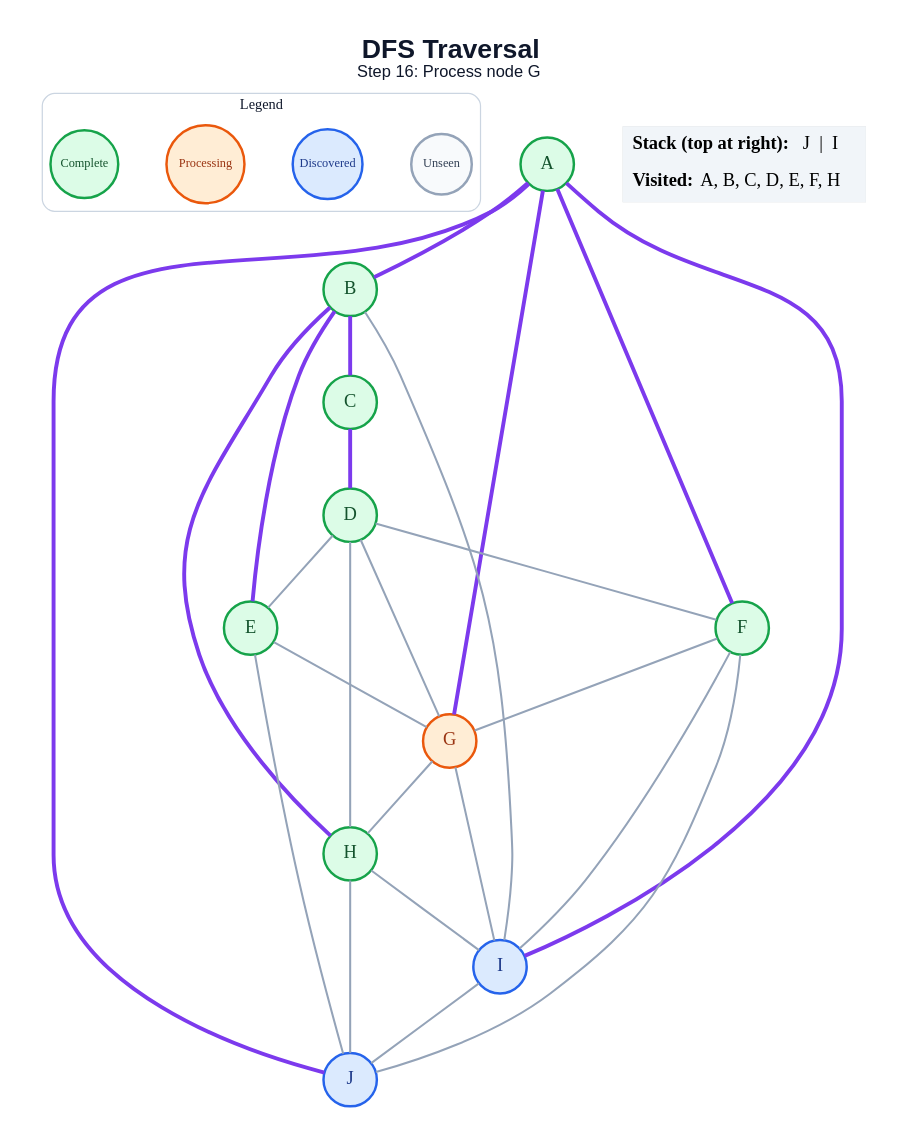
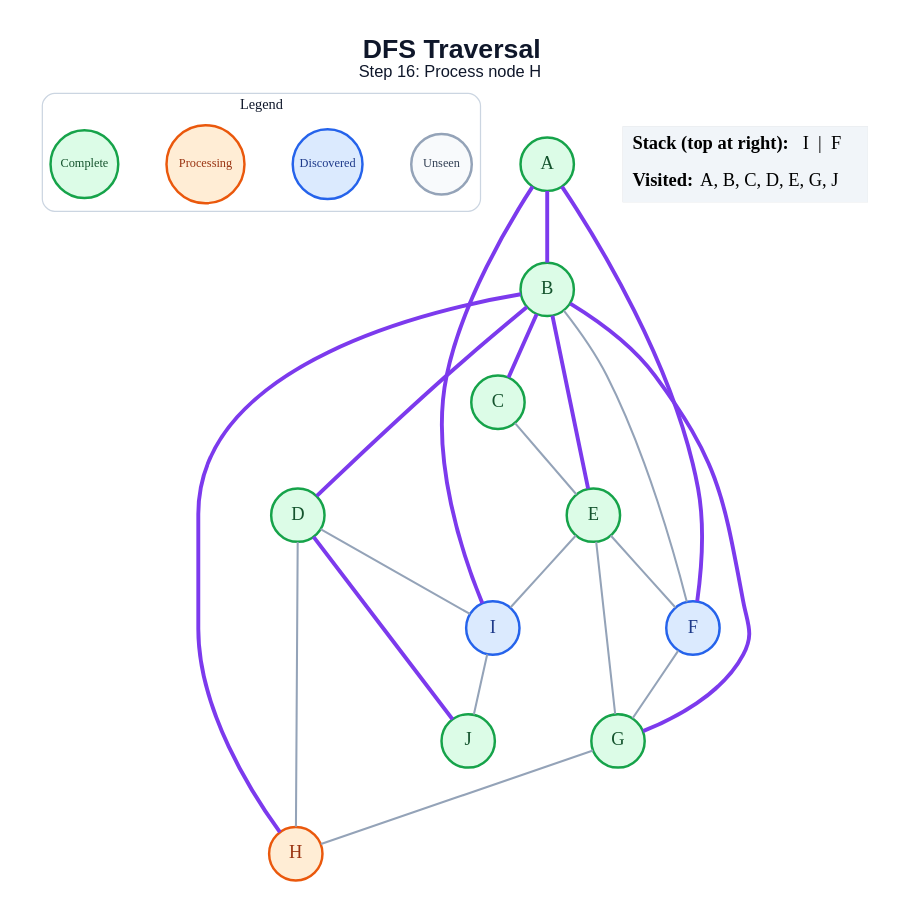
Before and after one commit to amanghodawala9/ai-slop: the diagram in generated/dfs/step_16.dot, drawn with Graphviz. The commit also changed 178 other files, not shown here.

```diff
--- a/generated/dfs/step_16.dot
+++ b/generated/dfs/step_16.dot
@@ -1,53 +1,48 @@
 graph traversal {
   graph [layout=dot, rankdir=TB, bgcolor="#FFFFFF", pad="0.35", nodesep="0.65", ranksep="0.8", fontname="Arial"];
   node [shape=circle, style="filled", fontname="Arial Bold", fontsize=18, width=0.72, fixedsize=true, penwidth=2.4];
   edge [color="#94A3B8", penwidth=2.0];
-  label=<<B>DFS Traversal</B><BR/><FONT POINT-SIZE="16">Step 16: Process node G</FONT>>; labelloc="t"; fontsize=26; fontname="Arial"; fontcolor="#0F172A";
+  label=<<B>DFS Traversal</B><BR/><FONT POINT-SIZE="16">Step 16: Process node H</FONT>>; labelloc="t"; fontsize=26; fontname="Arial"; fontcolor="#0F172A";
   subgraph cluster_legend { label="Legend"; color="#CBD5E1"; penwidth=1.2; style="rounded"; fontsize=14; fontname="Arial Bold";
     key_unseen [label="Unseen", fillcolor="#F8FAFC", color="#94A3B8", fontcolor="#334155", fontsize=12, width=0.82];
     key_frontier [label="Discovered", fillcolor="#DBEAFE", color="#2563EB", fontcolor="#1E3A8A", fontsize=12, width=0.95];
     key_current [label="Processing", fillcolor="#FFEDD5", color="#EA580C", fontcolor="#9A3412", fontsize=12, width=1.05];
     key_done [label="Complete", fillcolor="#DCFCE7", color="#16A34A", fontcolor="#14532D", fontsize=12, width=0.92];
     { rank=same; key_unseen; key_frontier; key_current; key_done; }
   }
   A [fillcolor="#DCFCE7", color="#16A34A", fontcolor="#14532D"];
   B [fillcolor="#DCFCE7", color="#16A34A", fontcolor="#14532D"];
   C [fillcolor="#DCFCE7", color="#16A34A", fontcolor="#14532D"];
   D [fillcolor="#DCFCE7", color="#16A34A", fontcolor="#14532D"];
   E [fillcolor="#DCFCE7", color="#16A34A", fontcolor="#14532D"];
-  F [fillcolor="#DCFCE7", color="#16A34A", fontcolor="#14532D"];
-  G [fillcolor="#FFEDD5", color="#EA580C", fontcolor="#9A3412"];
-  H [fillcolor="#DCFCE7", color="#16A34A", fontcolor="#14532D"];
+  F [fillcolor="#DBEAFE", color="#2563EB", fontcolor="#1E3A8A"];
+  G [fillcolor="#DCFCE7", color="#16A34A", fontcolor="#14532D"];
+  H [fillcolor="#FFEDD5", color="#EA580C", fontcolor="#9A3412"];
   I [fillcolor="#DBEAFE", color="#2563EB", fontcolor="#1E3A8A"];
-  J [fillcolor="#DBEAFE", color="#2563EB", fontcolor="#1E3A8A"];
+  J [fillcolor="#DCFCE7", color="#16A34A", fontcolor="#14532D"];
   A -- B [color="#7C3AED", penwidth=3.8];
   A -- F [color="#7C3AED", penwidth=3.8];
-  A -- G [color="#7C3AED", penwidth=3.8];
   A -- I [color="#7C3AED", penwidth=3.8];
-  A -- J [color="#7C3AED", penwidth=3.8];
   B -- C [color="#7C3AED", penwidth=3.8];
+  B -- D [color="#7C3AED", penwidth=3.8];
   B -- E [color="#7C3AED", penwidth=3.8];
+  B -- F;
+  B -- G [color="#7C3AED", penwidth=3.8];
   B -- H [color="#7C3AED", penwidth=3.8];
-  B -- I;
-  C -- D [color="#7C3AED", penwidth=3.8];
-  D -- E;
-  D -- F;
-  D -- G;
+  C -- E;
   D -- H;
+  D -- I;
+  D -- J [color="#7C3AED", penwidth=3.8];
+  E -- F;
   E -- G;
-  E -- J;
+  E -- I;
   F -- G;
-  F -- I;
-  F -- J;
   G -- H;
-  G -- I;
-  H -- I;
-  H -- J;
   I -- J;
   status [shape=plain, fixedsize=false, width=0, height=0, margin=0, label=<
     <TABLE BORDER="0" CELLBORDER="0" CELLPADDING="7" BGCOLOR="#F1F5F9">
-      <TR><TD ALIGN="LEFT"><B>Stack (top at right):</B> J  |  I</TD></TR>
-      <TR><TD ALIGN="LEFT"><B>Visited:</B> A, B, C, D, E, F, H</TD></TR>
+      <TR><TD ALIGN="LEFT"><B>Stack (top at right):</B> I  |  F</TD></TR>
+      <TR><TD ALIGN="LEFT"><B>Visited:</B> A, B, C, D, E, G, J</TD></TR>
     </TABLE>
   >];
 }
```
